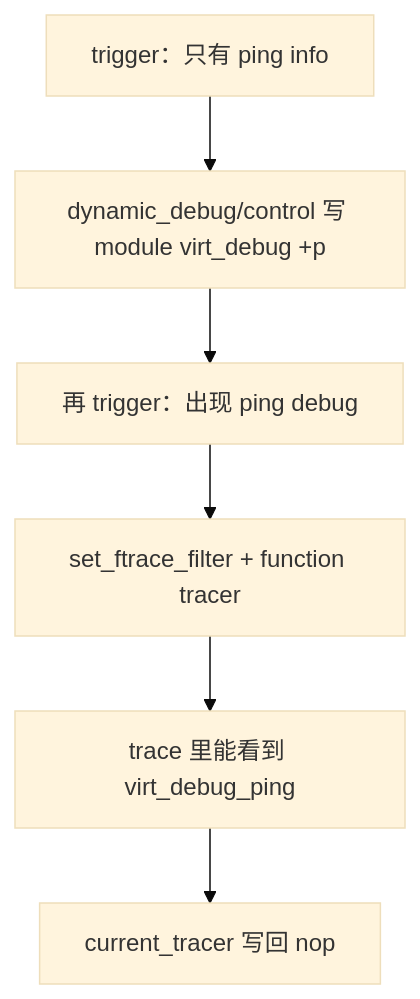
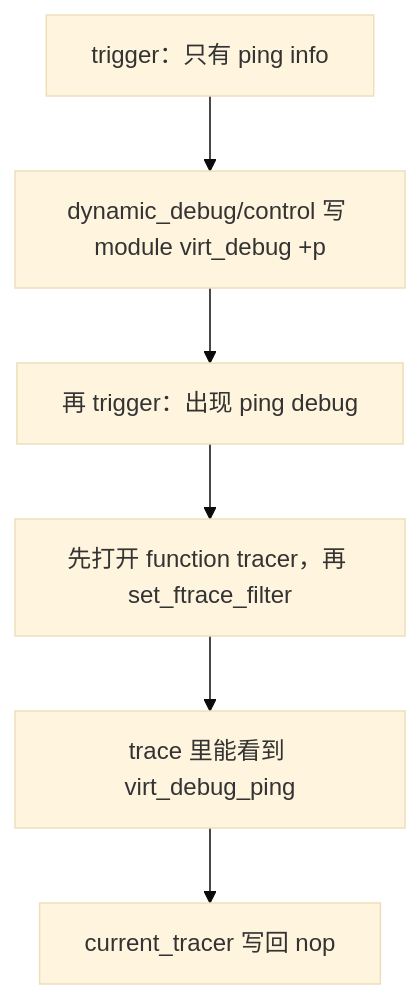
The diagram in learn/07_debug/flowchart.md (weijie-lee/linux_device_driver), drawn with Mermaid (base theme) before and after one commit. The commit also changed 3 other files, not shown here.

First line of the commit message:
Record the QEMU run and set the ftrace filter after the tracer.

````diff
--- a/learn/07_debug/flowchart.md
+++ b/learn/07_debug/flowchart.md
@@ -3,8 +3,8 @@
 ```mermaid
 graph TD
     a["trigger：只有 ping info"] --> b["dynamic_debug/control 写 module virt_debug +p"]
     b --> c["再 trigger：出现 ping debug"]
-    c --> d["set_ftrace_filter + function tracer"]
+    c --> d["先打开 function tracer，再 set_ftrace_filter"]
     d --> e["trace 里能看到 virt_debug_ping"]
     e --> f["current_tracer 写回 nop"]
 ```
````
